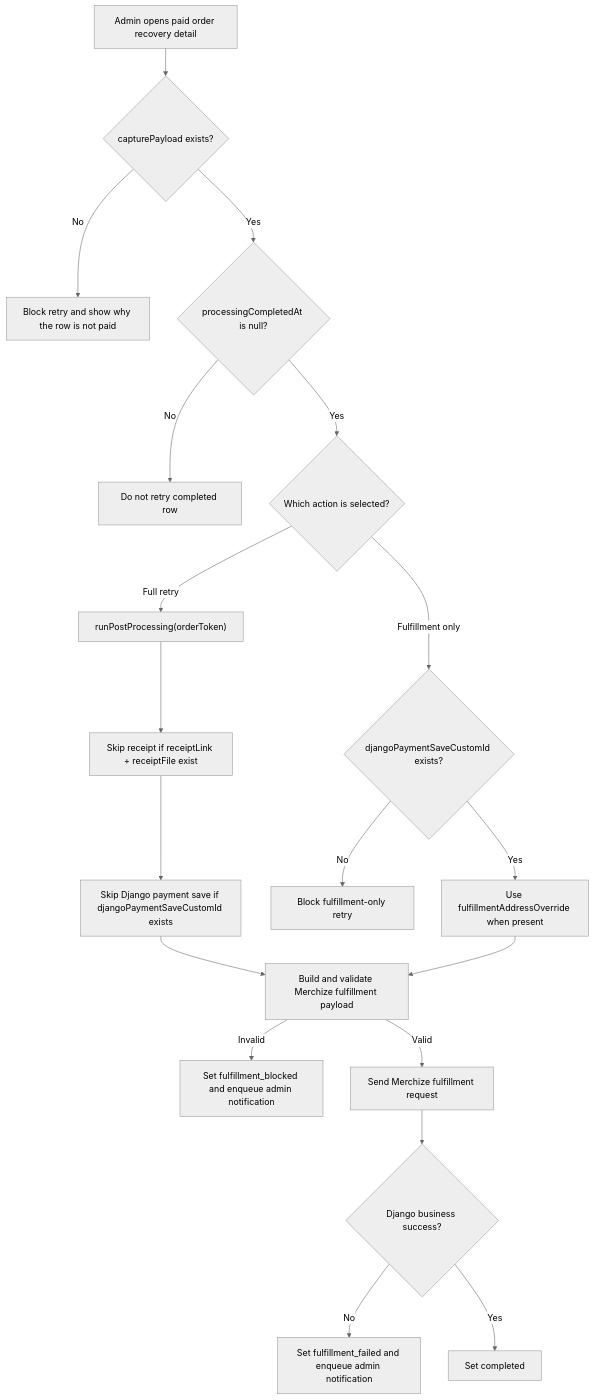
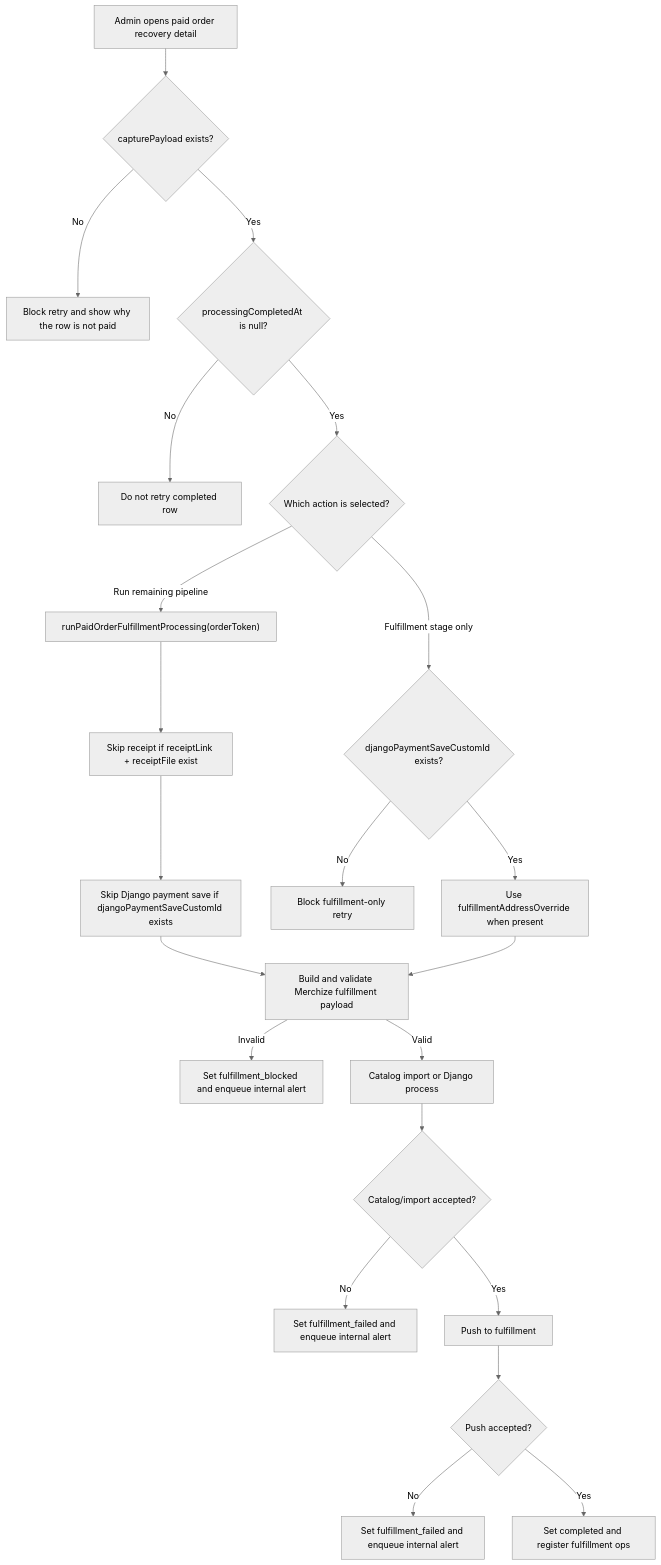
One commit to Codex-Christi/codex_christi_frontend changed the fourth of 4 diagrams in Future Implementation Guides/ADMIN_RECOVERY_TOOLING_GUIDE.md. Above: the diagram before and after it, drawn with Mermaid (neutral theme). The commit also changed other lines of this file and 3 other files, not shown here.

Commit message:
Update paid order fulfillment ops guides

````diff
--- a/Future Implementation Guides/ADMIN_RECOVERY_TOOLING_GUIDE.md
+++ b/Future Implementation Guides/ADMIN_RECOVERY_TOOLING_GUIDE.md
@@ -617,21 +683,24 @@
 ```mermaid
 flowchart TD
   A["Admin opens paid order recovery detail"] --> B{"capturePayload exists?"}
   B -->|"No"| C["Block retry and show why the row is not paid"]
   B -->|"Yes"| D{"processingCompletedAt is null?"}
   D -->|"No"| E["Do not retry completed row"]
   D -->|"Yes"| F{"Which action is selected?"}
-  F -->|"Full retry"| G["runPostProcessing(orderToken)"]
+  F -->|"Run remaining pipeline"| G["runPaidOrderFulfillmentProcessing(orderToken)"]
   G --> H["Skip receipt if receiptLink + receiptFile exist"]
   H --> I["Skip Django payment save if djangoPaymentSaveCustomId exists"]
   I --> J["Build and validate Merchize fulfillment payload"]
-  J -->|"Invalid"| K["Set fulfillment_blocked and enqueue admin notification"]
-  J -->|"Valid"| L["Send Merchize fulfillment request"]
-  L --> M{"Django business success?"}
-  M -->|"No"| N["Set fulfillment_failed and enqueue admin notification"]
-  M -->|"Yes"| O["Set completed"]
-  F -->|"Fulfillment only"| R{"djangoPaymentSaveCustomId exists?"}
+  J -->|"Invalid"| K["Set fulfillment_blocked and enqueue internal alert"]
+  J -->|"Valid"| L["Catalog import or Django process"]
+  L --> M{"Catalog/import accepted?"}
+  M -->|"No"| N["Set fulfillment_failed and enqueue internal alert"]
+  M -->|"Yes"| O["Push to fulfillment"]
+  O --> S{"Push accepted?"}
+  S -->|"No"| T["Set fulfillment_failed and enqueue internal alert"]
+  S -->|"Yes"| U["Set completed and register fulfillment ops"]
+  F -->|"Fulfillment stage only"| R{"djangoPaymentSaveCustomId exists?"}
   R -->|"No"| P["Block fulfillment-only retry"]
   R -->|"Yes"| Q["Use fulfillmentAddressOverride when present"]
   Q --> J
 ```
````
